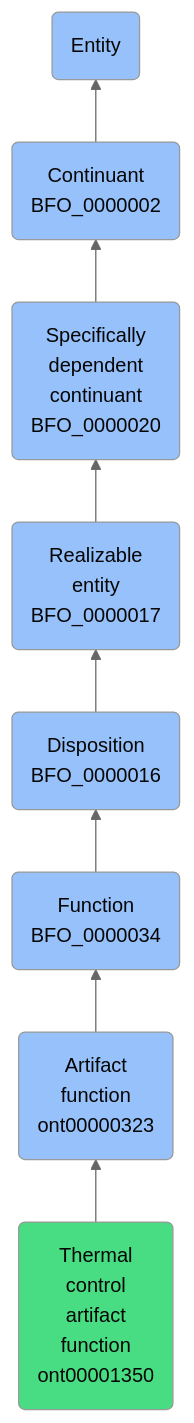
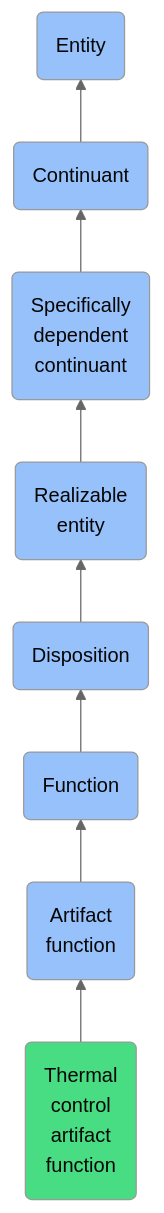
One commit to jupyter-naas/abi changed the diagram in docs/ontology/reference/model/Entity/Continuant/Specifically dependent continuant/Realizable entity/Disposition/Function/Artifact function/Thermal control artifact function/Thermal control artifact function.md. Above: the diagram before and after it, drawn with Mermaid (neutral theme). The commit also changed other lines of this file and 1430 other files, not shown here.

````diff
--- a/docs/ontology/reference/model/Entity/Continuant/Specifically dependent continuant/Realizable entity/Disposition/Function/Artifact function/Thermal control artifact function/Thermal control artifact function.md
+++ b/docs/ontology/reference/model/Entity/Continuant/Specifically dependent continuant/Realizable entity/Disposition/Function/Artifact function/Thermal control artifact function/Thermal control artifact function.md
@@ -24,15 +24,15 @@
 ```mermaid
 graph BT
-    ont00001350(Thermal<br>control<br>artifact<br>function<br>ont00001350):::ABI-->ont00000323
-    ont00000323(Artifact<br>function<br>ont00000323):::BFO-->BFO_0000034
-    BFO_0000034(Function<br>BFO_0000034):::BFO-->BFO_0000016
-    BFO_0000016(Disposition<br>BFO_0000016):::BFO-->BFO_0000017
-    BFO_0000017(Realizable<br>entity<br>BFO_0000017):::BFO-->BFO_0000020
-    BFO_0000020(Specifically<br>dependent<br>continuant<br>BFO_0000020):::BFO-->BFO_0000002
-    BFO_0000002(Continuant<br>BFO_0000002):::BFO-->BFO_0000001
+    ont00001350(Thermal<br>control<br>artifact<br>function):::ABI-->ont00000323
+    ont00000323(Artifact<br>function):::BFO-->BFO_0000034
+    BFO_0000034(Function):::BFO-->BFO_0000016
+    BFO_0000016(Disposition):::BFO-->BFO_0000017
+    BFO_0000017(Realizable<br>entity):::BFO-->BFO_0000020
+    BFO_0000020(Specifically<br>dependent<br>continuant):::BFO-->BFO_0000002
+    BFO_0000002(Continuant):::BFO-->BFO_0000001
     BFO_0000001(Entity):::BFO
     
     classDef BFO fill:#97c1fb,color:#060606
     classDef CCO fill:#e4c51e,color:#060606
     classDef ABI fill:#48DD82,color:#060606
 ```
````
